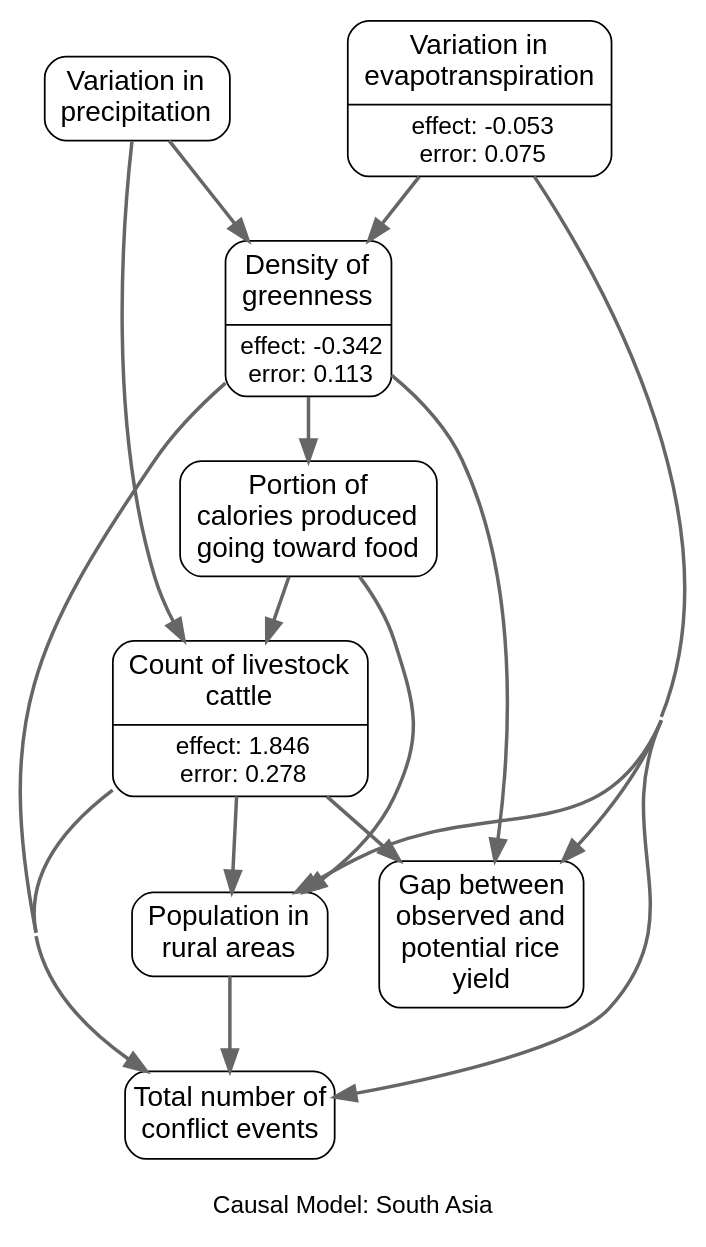
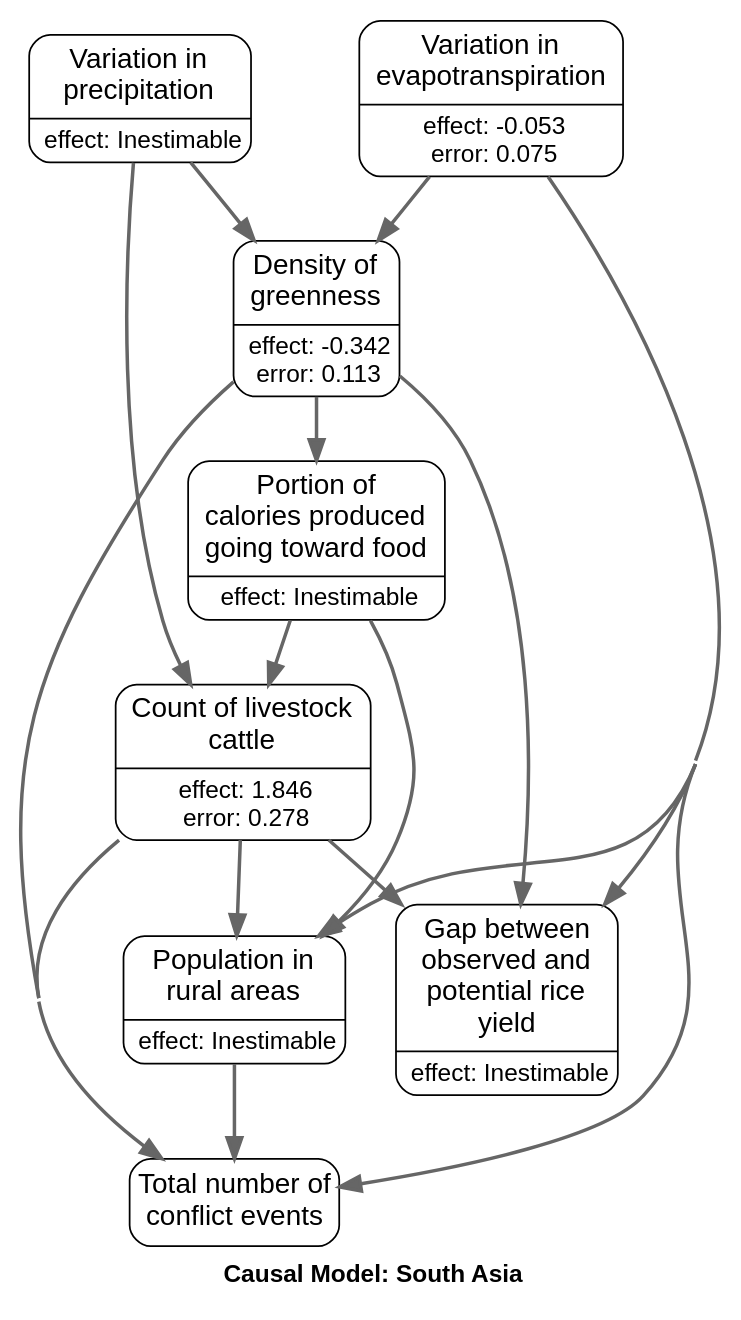
One commit to wri/wri-wpsi changed the diagram in app/javascript/images/regions/causal_graphs/south_asia.gv. Above: the diagram before and after it, drawn with Graphviz. The commit also changed 14 other files, not shown here.

Commit message:
graph updates, add legend

```diff
--- a/app/javascript/images/regions/causal_graphs/south_asia.gv
+++ b/app/javascript/images/regions/causal_graphs/south_asia.gv
@@ -1,67 +1,66 @@
 # generated file for region: south_asia by CausalModelRegionGenerator
 strict digraph causalModel {
 fontname="Helvetica, Arial, sans-serif";
-label="
-Causal Model: South Asia";
+label=<<TABLE BORDER="0" CELLBORDER="0" CELLSPACING="0"><TR><TD></TD></TR><TR><TD ALIGN="LEFT"><B>Causal Model: South Asia</B></TD></TR></TABLE>>;
 labelloc = b;
 nodesep = 0.4;
 concentrate = true;
 node[shape = Mrecord, fontname = "Helvetica, Arial, sans-serif", margin = "0.10,0.06", penwidth = 1.0];
 edge[arrowsize = 1.2 penwidth = 2 color="#666666"];
 
 # nodes
 et_anom_m_STD_m [label = <{<table align="center" border="0" cellspacing="1" cellpadding="1">
 <tr><td><font point-size="16">Variation in<br/>evapotranspiration<br/></font></td></tr>
 </table>
 |<table border="0" cellspacing="1" cellpadding="0.5"><tr><td><font point-size="14">effect: -0.053</font></td></tr>
 <tr><td><font point-size="14">error: 0.075</font></td></tr></table>}>, class = rankA];
-DeliveredkcalFraction_s [label = <<table align="center" border="0" cellspacing="1" cellpadding="1">
+DeliveredkcalFraction_s [label = <{<table align="center" border="0" cellspacing="1" cellpadding="1">
 <tr><td><font point-size="16">Portion of<br/>calories produced<br/>going toward food<br/></font></td></tr>
 </table>
->, class = rankB];
+|<table border="0" cellspacing="1" cellpadding="0.5"><tr><td><font point-size="14">effect: Inestimable</font></td></tr></table>}>, class = rankB];
 ndvi_act_med_m [label = <{<table align="center" border="0" cellspacing="1" cellpadding="1">
 <tr><td><font point-size="16">Density of<br/>greenness<br/></font></td></tr>
 </table>
 |<table border="0" cellspacing="1" cellpadding="0.5"><tr><td><font point-size="14">effect: -0.342</font></td></tr>
 <tr><td><font point-size="14">error: 0.113</font></td></tr></table>}>, class = rankB];
 cattle_number_s [label = <{<table align="center" border="0" cellspacing="1" cellpadding="1">
 <tr><td><font point-size="16">Count of livestock<br/>cattle<br/></font></td></tr>
 </table>
 |<table border="0" cellspacing="1" cellpadding="0.5"><tr><td><font point-size="14">effect: 1.846</font></td></tr>
 <tr><td><font point-size="14">error: 0.278</font></td></tr></table>}>, class = rankB];
-spi_1_f2_m [label = <<table align="center" border="0" cellspacing="1" cellpadding="1">
+spi_1_f2_m [label = <{<table align="center" border="0" cellspacing="1" cellpadding="1">
 <tr><td><font point-size="16">Variation in<br/>precipitation<br/></font></td></tr>
 </table>
->, class = rankA];
-yield_gap_rice_s [label = <<table align="center" border="0" cellspacing="1" cellpadding="1">
+|<table border="0" cellspacing="1" cellpadding="0.5"><tr><td><font point-size="14">effect: Inestimable</font></td></tr></table>}>, class = rankA];
+yield_gap_rice_s [label = <{<table align="center" border="0" cellspacing="1" cellpadding="1">
 <tr><td><font point-size="16">Gap between<br/>observed and<br/>potential rice<br/>yield<br/></font></td></tr>
 </table>
->, class = rankB];
-rurpop_s [label = <<table align="center" border="0" cellspacing="1" cellpadding="1">
+|<table border="0" cellspacing="1" cellpadding="0.5"><tr><td><font point-size="14">effect: Inestimable</font></td></tr></table>}>, class = rankB];
+rurpop_s [label = <{<table align="center" border="0" cellspacing="1" cellpadding="1">
 <tr><td><font point-size="16">Population in<br/>rural areas<br/></font></td></tr>
 </table>
->, class = rankB];
+|<table border="0" cellspacing="1" cellpadding="0.5"><tr><td><font point-size="14">effect: Inestimable</font></td></tr></table>}>, class = rankB];
 acl_sum_evnt_m [label = "Total number of
 conflict events" class = rankC shape=box style=rounded fontsize="16pt" margin = "0.05,0.10"];
 
 #ranks
 {rank=same; et_anom_m_STD_m spi_1_f2_m; }
 
 # links
 et_anom_m_STD_m -> ndvi_act_med_m;
 et_anom_m_STD_m -> yield_gap_rice_s;
 et_anom_m_STD_m -> rurpop_s;
 et_anom_m_STD_m -> acl_sum_evnt_m;
 DeliveredkcalFraction_s -> cattle_number_s;
 DeliveredkcalFraction_s -> rurpop_s;
 ndvi_act_med_m -> DeliveredkcalFraction_s;
 ndvi_act_med_m -> yield_gap_rice_s;
 ndvi_act_med_m -> acl_sum_evnt_m;
 cattle_number_s -> yield_gap_rice_s;
 cattle_number_s -> rurpop_s;
 cattle_number_s -> acl_sum_evnt_m;
 spi_1_f2_m -> ndvi_act_med_m;
 spi_1_f2_m -> cattle_number_s;
 rurpop_s -> acl_sum_evnt_m;
 
 }
```
